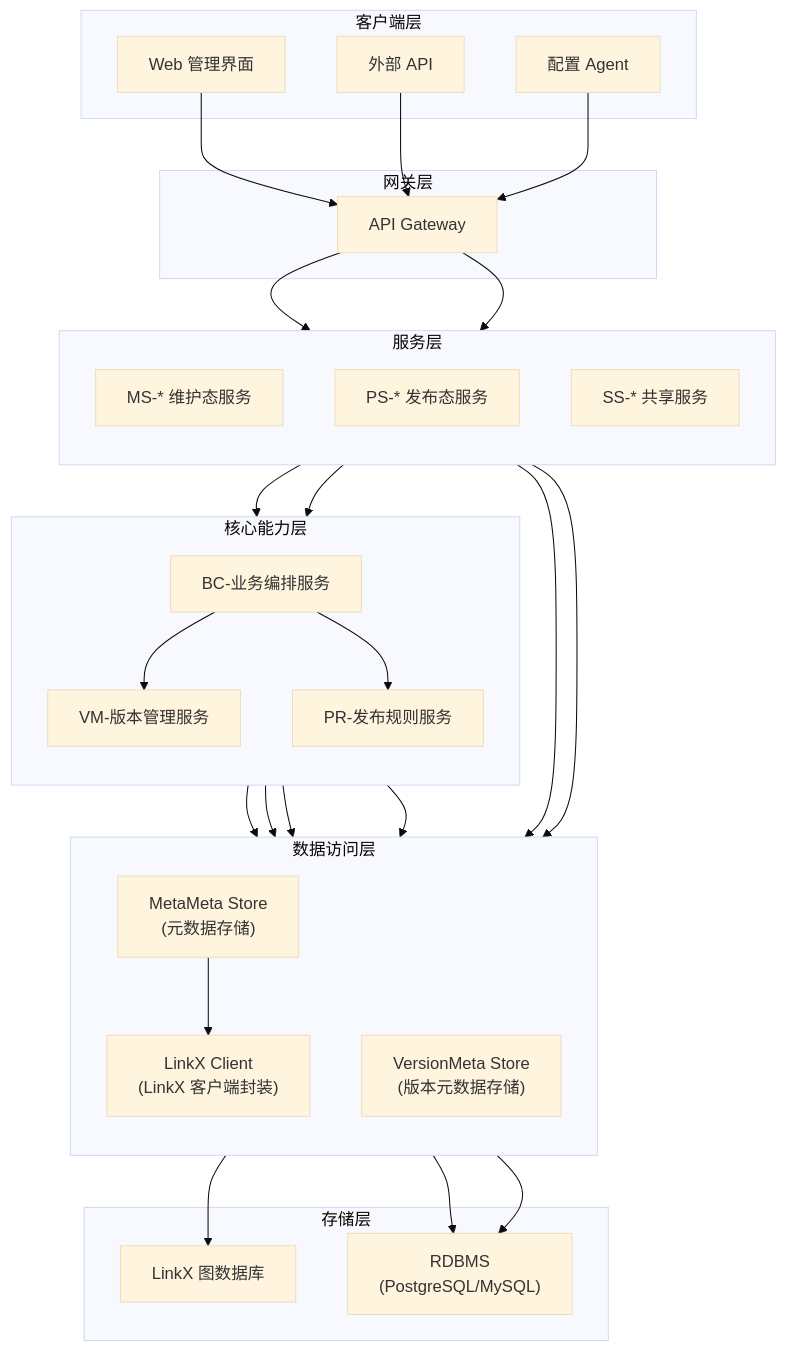
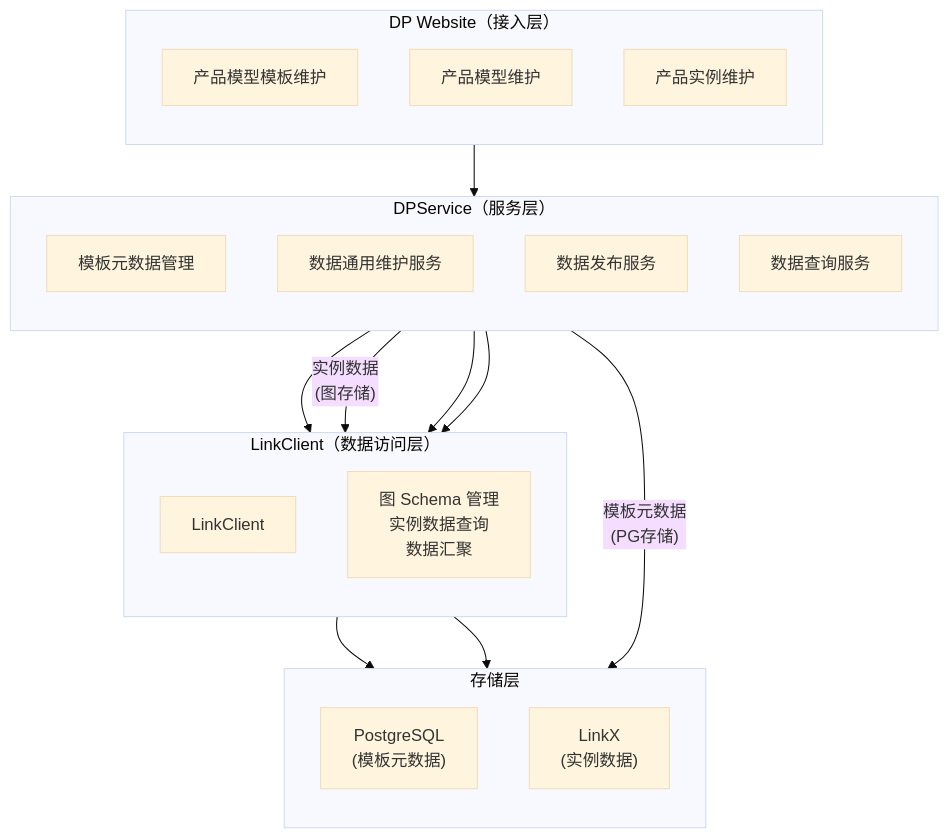
The first of 13 diagrams in docs/数字产品系统架构设计说明书.md (goflyboy/digitalproduct), drawn with Mermaid (base theme) before and after one commit. The commit also changed other lines of this file and 3 other files, not shown here.

````diff
--- a/docs/数字产品系统架构设计说明书.md
+++ b/docs/数字产品系统架构设计说明书.md
@@ -1423,58 +1432,39 @@
 ```mermaid
 flowchart TB
-    subgraph Client["客户端层"]
-        WEB["Web 管理界面"]
-        API["外部 API"]
-        AGENT["配置 Agent"]
+    subgraph DPWebsite["DP Website（接入层）"]
+        direction TB
+        T1["产品模型模板维护"]
+        T2["产品模型维护"]
+        T3["产品实例维护"]
     end
 
-    subgraph Gateway["网关层"]
-        GW["API Gateway"]
+    subgraph DPService["DPService（服务层）"]
+        direction TB
+        TM["模板元数据管理"]
+        MS["数据通用维护服务"]
+        PS["数据发布服务"]
+        QS["数据查询服务"]
     end
 
-    subgraph Service["服务层"]
+    subgraph LinkClient["LinkClient（数据访问层）"]
         direction TB
-        MS["MS-* 维护态服务"]
-        PS["PS-* 发布态服务"]
-        SS["SS-* 共享服务"]
-    end
-
-    subgraph Core["核心能力层"]
-        direction TB
-        BC["BC-业务编排服务"]
-        VM["VM-版本管理服务"]
-        PR["PR-发布规则服务"]
-    end
-
-    subgraph Data["数据访问层"]
-        direction TB
-        LC["LinkX Client<br/>(LinkX 客户端封装)"]
-        VMS["VersionMeta Store<br/>(版本元数据存储)"]
-        MMS["MetaMeta Store<br/>(元数据存储)"]
+        LC["LinkClient"]
+        note_LC["图 Schema 管理<br/>实例数据查询<br/>数据汇聚"]
     end
 
     subgraph Storage["存储层"]
-        LNK["LinkX 图数据库"]
-        RDS["RDBMS<br/>(PostgreSQL/MySQL)"]
+        direction TB
+        PG["PostgreSQL<br/>(模板元数据)"]
+        LinkX["LinkX<br/>(实例数据)"]
     end
 
-    WEB --> GW
-    API --> GW
-    AGENT --> GW
-    GW --> MS
-    GW --> PS
-    MS --> BC
-    PS --> BC
-    BC --> VM
-    BC --> PR
-    BC --> LC
-    VM --> LC
-    VM --> VMS
-    PR --> LC
-    MS --> LC
-    PS --> LC
-    MMS --> LC
-    LC --> LNK
-    VMS --> RDS
-    MMS --> RDS
+    DPWebsite --> DPService
+    DPService --> LinkClient
+    LinkClient --> Storage
+
+    TM -->|"模板元数据<br/>(PG存储)"| PG
+    MS -->|"实例数据<br/>(图存储)"| LinkClient
+    PS --> LinkClient
+    QS --> LinkClient
+    LinkClient --> LinkX
 ```
````
